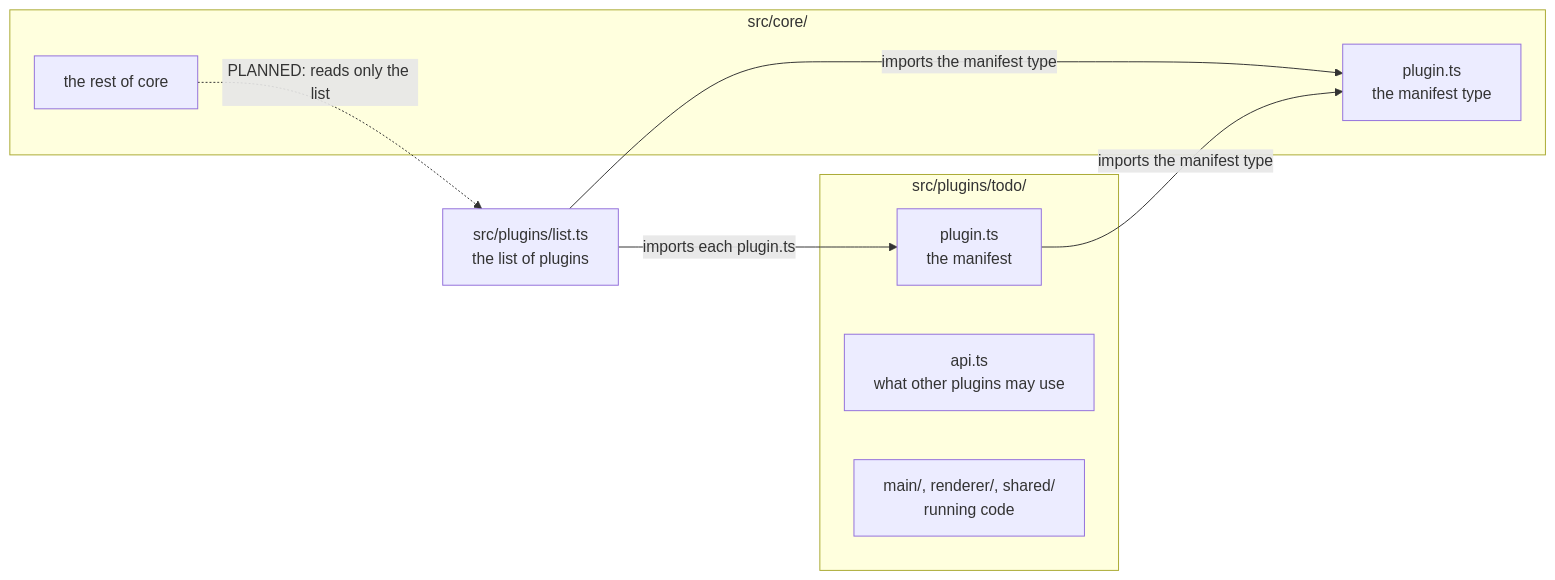
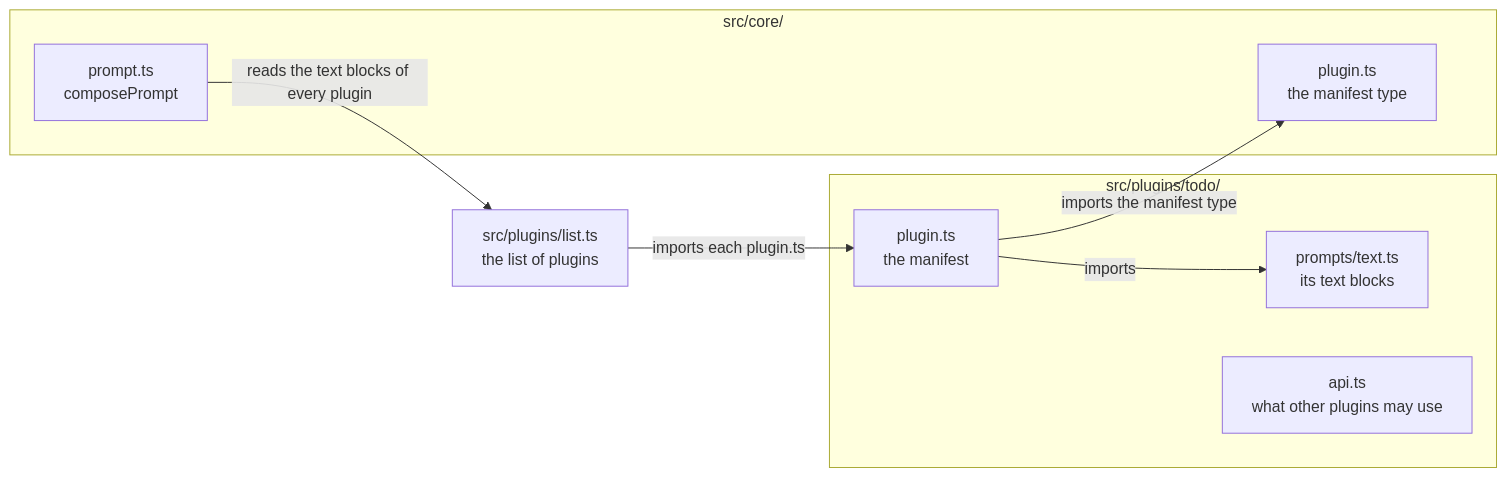
The diagram in docs/plugin-format.md (superkoh/koloft), drawn with Mermaid before and after one commit. The commit also changed other lines of this file, not shown here.

Commit message:
docs(plugins): describe text blocks as main has them now: when, {{name}}, caller values, composePrompt and list order

````diff
--- a/docs/plugin-format.md
+++ b/docs/plugin-format.md
@@ -88,16 +92,16 @@
 ```mermaid
 flowchart LR
   subgraph core["src/core/"]
     coreType["plugin.ts<br/>the manifest type"]
-    coreRest["the rest of core"]
+    corePrompt["prompt.ts<br/>composePrompt"]
   end
+  corePrompt -->|reads the text blocks of every plugin| list
   list["src/plugins/list.ts<br/>the list of plugins"] -->|imports each plugin.ts| manifest
-  list -->|imports the manifest type| coreType
-  manifest -->|imports the manifest type| coreType
   subgraph plugin["src/plugins/todo/"]
     manifest["plugin.ts<br/>the manifest"]
+    text["prompts/text.ts<br/>its text blocks"]
     api["api.ts<br/>what other plugins may use"]
-    code["main/, renderer/, shared/<br/>running code"]
   end
-  coreRest -.->|PLANNED: reads only the list| list
+  manifest -->|imports| text
+  manifest -->|imports the manifest type| coreType
 ```
````
